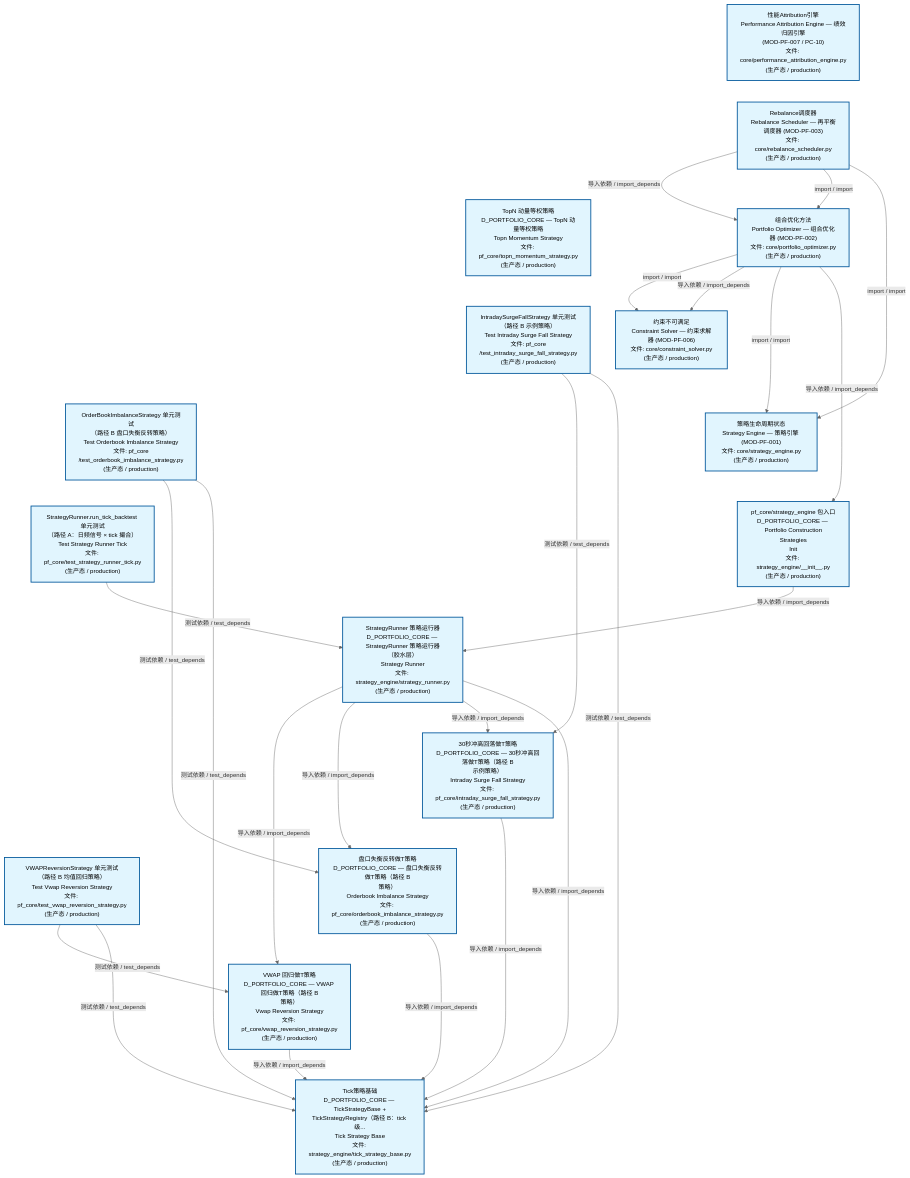
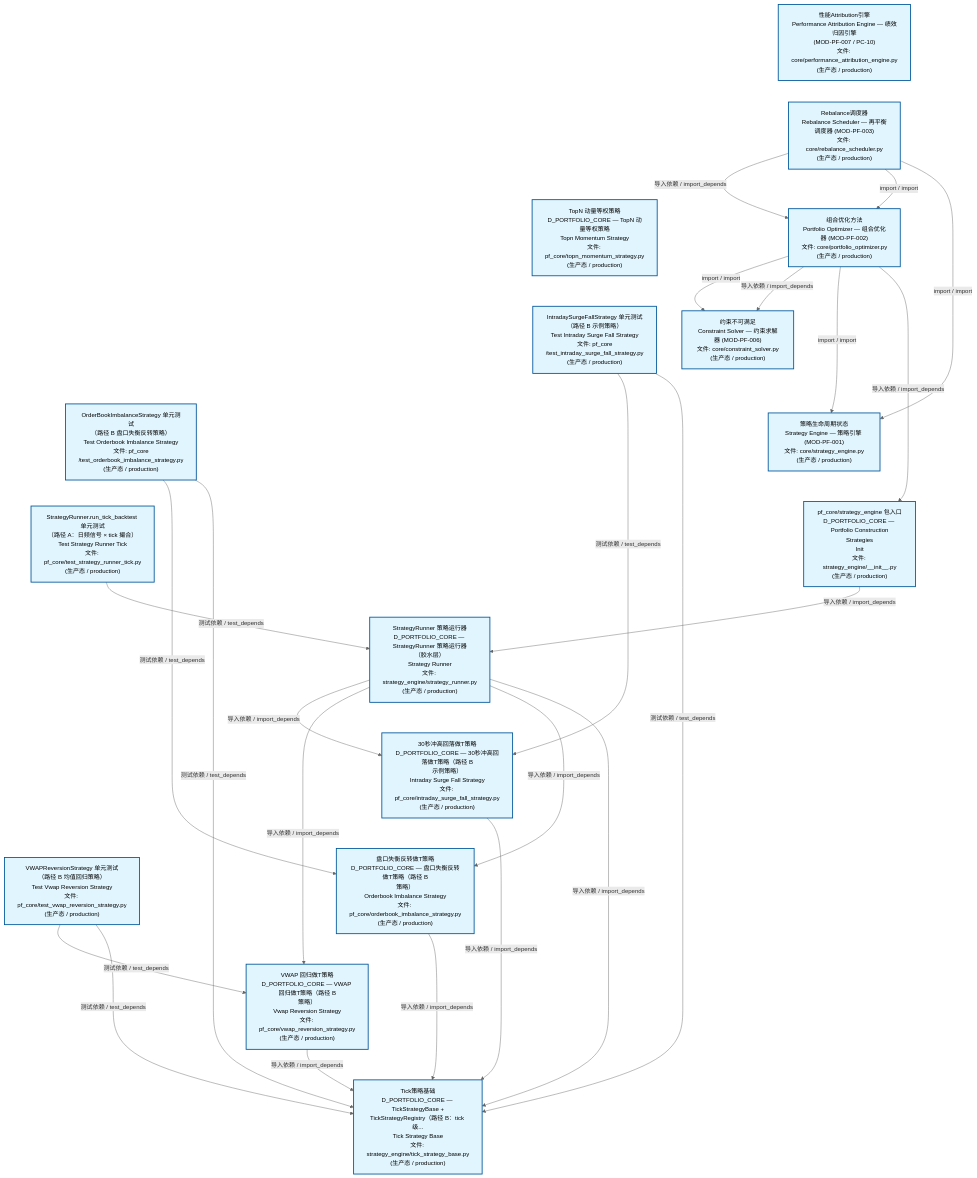
The second of 3 diagrams in docs/02_enterprise_architecture/02_domain_architecture_docs/63_d_pf_core.md (xuanFelixVan/ZephyrAlpha), drawn with Mermaid before and after one commit. The commit also changed other lines of this file and 157 other files, not shown here.

````diff
--- a/docs/02_enterprise_architecture/02_domain_architecture_docs/63_d_pf_core.md
+++ b/docs/02_enterprise_architecture/02_domain_architecture_docs/63_d_pf_core.md
@@ -140,57 +140,57 @@
 ```mermaid
 %%{init: {'theme': 'base', 'themeVariables': {'primaryColor': '#eaeaea', 'primaryTextColor': '#333333', 'primaryBorderColor': '#666666', 'lineColor': '#666666', 'secondaryColor': '#eaeaea', 'tertiaryColor': '#eaeaea', 'fontSize': '14px'}}}%%
 flowchart TD
     src_zephyr_pf_core_core_performance_attribution_engine_py["性能Attribution引擎<br/>Performance Attribution Engine — 绩效归因引擎<br/>(MOD-PF-007 / PC-10)<br/>文件: core/performance_attribution_engine.py<br/>(生产态 / production)"]
     src_zephyr_pf_core_core_rebalance_scheduler_py["Rebalance调度器<br/>Rebalance Scheduler — 再平衡调度器 (MOD-PF-003)<br/>文件: core/rebalance_scheduler.py<br/>(生产态 / production)"]
     src_zephyr_pf_core_topn_momentum_strategy_py["TopN 动量等权策略<br/>D_PORTFOLIO_CORE — TopN 动量等权策略<br/>Topn Momentum Strategy<br/>文件: pf_core/topn_momentum_strategy.py<br/>(生产态 / production)"]
     tests_pf_core_test_intraday_surge_fall_strategy_py["IntradaySurgeFallStrategy 单元测试<br/>（路径 B 示例策略）<br/>Test Intraday Surge Fall Strategy<br/>文件: pf_core<br/>/test_intraday_surge_fall_strategy.py<br/>(生产态 / production)"]
     tests_pf_core_test_orderbook_imbalance_strategy_py["OrderBookImbalanceStrategy 单元测试<br/>（路径 B 盘口失衡反转策略）<br/>Test Orderbook Imbalance Strategy<br/>文件: pf_core<br/>/test_orderbook_imbalance_strategy.py<br/>(生产态 / production)"]
     tests_pf_core_test_strategy_runner_tick_py["StrategyRunner.run_tick_backtest 单元测试<br/>（路径 A：日频信号 × tick 撮合）<br/>Test Strategy Runner Tick<br/>文件: pf_core/test_strategy_runner_tick.py<br/>(生产态 / production)"]
     tests_pf_core_test_vwap_reversion_strategy_py["VWAPReversionStrategy 单元测试<br/>（路径 B 均值回归策略）<br/>Test Vwap Reversion Strategy<br/>文件: pf_core/test_vwap_reversion_strategy.py<br/>(生产态 / production)"]
     src_zephyr_pf_core_core_performance_attribution_engine_py ~~~ src_zephyr_pf_core_core_rebalance_scheduler_py
     src_zephyr_pf_core_core_rebalance_scheduler_py ~~~ src_zephyr_pf_core_topn_momentum_strategy_py
     src_zephyr_pf_core_topn_momentum_strategy_py ~~~ tests_pf_core_test_intraday_surge_fall_strategy_py
     tests_pf_core_test_intraday_surge_fall_strategy_py ~~~ tests_pf_core_test_orderbook_imbalance_strategy_py
     tests_pf_core_test_orderbook_imbalance_strategy_py ~~~ tests_pf_core_test_strategy_runner_tick_py
     tests_pf_core_test_strategy_runner_tick_py ~~~ tests_pf_core_test_vwap_reversion_strategy_py
     src_zephyr_pf_core_core_portfolio_optimizer_py["组合优化方法<br/>Portfolio Optimizer — 组合优化器 (MOD-PF-002)<br/>文件: core/portfolio_optimizer.py<br/>(生产态 / production)"]
     src_zephyr_pf_core_core_constraint_solver_py["约束不可满足<br/>Constraint Solver — 约束求解器 (MOD-PF-006)<br/>文件: core/constraint_solver.py<br/>(生产态 / production)"]
     src_zephyr_pf_core_core_strategy_engine_py["策略生命周期状态<br/>Strategy Engine — 策略引擎 (MOD-PF-001)<br/>文件: core/strategy_engine.py<br/>(生产态 / production)"]
     src_zephyr_pf_core_strategy_engine_init_py["pf_core/strategy_engine 包入口<br/>D_PORTFOLIO_CORE — Portfolio Construction<br/>Strategies<br/>Init<br/>文件: strategy_engine/__init__.py<br/>(生产态 / production)"]
     src_zephyr_pf_core_core_constraint_solver_py ~~~ src_zephyr_pf_core_core_strategy_engine_py
     src_zephyr_pf_core_core_strategy_engine_py ~~~ src_zephyr_pf_core_strategy_engine_init_py
     src_zephyr_pf_core_strategy_engine_strategy_runner_py["StrategyRunner 策略运行器<br/>D_PORTFOLIO_CORE — StrategyRunner 策略运行器<br/>（胶水层）<br/>Strategy Runner<br/>文件: strategy_engine/strategy_runner.py<br/>(生产态 / production)"]
     src_zephyr_pf_core_intraday_surge_fall_strategy_py["30秒冲高回落做T策略<br/>D_PORTFOLIO_CORE — 30秒冲高回落做T策略（路径 B<br/>示例策略）<br/>Intraday Surge Fall Strategy<br/>文件: pf_core/intraday_surge_fall_strategy.py<br/>(生产态 / production)"]
     src_zephyr_pf_core_orderbook_imbalance_strategy_py["盘口失衡反转做T策略<br/>D_PORTFOLIO_CORE — 盘口失衡反转做T策略（路径 B<br/>策略）<br/>Orderbook Imbalance Strategy<br/>文件: pf_core/orderbook_imbalance_strategy.py<br/>(生产态 / production)"]
     src_zephyr_pf_core_vwap_reversion_strategy_py["VWAP 回归做T策略<br/>D_PORTFOLIO_CORE — VWAP 回归做T策略（路径 B<br/>策略）<br/>Vwap Reversion Strategy<br/>文件: pf_core/vwap_reversion_strategy.py<br/>(生产态 / production)"]
     src_zephyr_pf_core_intraday_surge_fall_strategy_py ~~~ src_zephyr_pf_core_orderbook_imbalance_strategy_py
     src_zephyr_pf_core_orderbook_imbalance_strategy_py ~~~ src_zephyr_pf_core_vwap_reversion_strategy_py
     src_zephyr_pf_core_strategy_engine_tick_strategy_base_py["Tick策略基础<br/>D_PORTFOLIO_CORE — TickStrategyBase +<br/>TickStrategyRegistry（路径 B：tick 级...<br/>Tick Strategy Base<br/>文件: strategy_engine/tick_strategy_base.py<br/>(生产态 / production)"]
+    src_zephyr_pf_core_intraday_surge_fall_strategy_py -->|导入依赖 / import_depends| src_zephyr_pf_core_strategy_engine_tick_strategy_base_py
     src_zephyr_pf_core_vwap_reversion_strategy_py -->|导入依赖 / import_depends| src_zephyr_pf_core_strategy_engine_tick_strategy_base_py
+    src_zephyr_pf_core_core_rebalance_scheduler_py -->|导入依赖 / import_depends| src_zephyr_pf_core_core_portfolio_optimizer_py
+    src_zephyr_pf_core_core_rebalance_scheduler_py -->|import / import| src_zephyr_pf_core_core_portfolio_optimizer_py
+    src_zephyr_pf_core_core_rebalance_scheduler_py -->|import / import| src_zephyr_pf_core_core_strategy_engine_py
     src_zephyr_pf_core_orderbook_imbalance_strategy_py -->|导入依赖 / import_depends| src_zephyr_pf_core_strategy_engine_tick_strategy_base_py
-    src_zephyr_pf_core_intraday_surge_fall_strategy_py -->|导入依赖 / import_depends| src_zephyr_pf_core_strategy_engine_tick_strategy_base_py
     src_zephyr_pf_core_core_portfolio_optimizer_py -->|import / import| src_zephyr_pf_core_core_constraint_solver_py
     src_zephyr_pf_core_core_portfolio_optimizer_py -->|导入依赖 / import_depends| src_zephyr_pf_core_core_constraint_solver_py
     src_zephyr_pf_core_core_portfolio_optimizer_py -->|import / import| src_zephyr_pf_core_core_strategy_engine_py
     src_zephyr_pf_core_core_portfolio_optimizer_py -->|导入依赖 / import_depends| src_zephyr_pf_core_strategy_engine_init_py
-    src_zephyr_pf_core_core_rebalance_scheduler_py -->|导入依赖 / import_depends| src_zephyr_pf_core_core_portfolio_optimizer_py
-    src_zephyr_pf_core_core_rebalance_scheduler_py -->|import / import| src_zephyr_pf_core_core_portfolio_optimizer_py
-    src_zephyr_pf_core_core_rebalance_scheduler_py -->|import / import| src_zephyr_pf_core_core_strategy_engine_py
+    src_zephyr_pf_core_strategy_engine_strategy_runner_py -->|导入依赖 / import_depends| src_zephyr_pf_core_intraday_surge_fall_strategy_py
     src_zephyr_pf_core_strategy_engine_strategy_runner_py -->|导入依赖 / import_depends| src_zephyr_pf_core_vwap_reversion_strategy_py
     src_zephyr_pf_core_strategy_engine_strategy_runner_py -->|导入依赖 / import_depends| src_zephyr_pf_core_orderbook_imbalance_strategy_py
-    src_zephyr_pf_core_strategy_engine_strategy_runner_py -->|导入依赖 / import_depends| src_zephyr_pf_core_intraday_surge_fall_strategy_py
     src_zephyr_pf_core_strategy_engine_strategy_runner_py -->|导入依赖 / import_depends| src_zephyr_pf_core_strategy_engine_tick_strategy_base_py
     src_zephyr_pf_core_strategy_engine_init_py -->|导入依赖 / import_depends| src_zephyr_pf_core_strategy_engine_strategy_runner_py
     tests_pf_core_test_intraday_surge_fall_strategy_py -->|测试依赖 / test_depends| src_zephyr_pf_core_intraday_surge_fall_strategy_py
     tests_pf_core_test_intraday_surge_fall_strategy_py -->|测试依赖 / test_depends| src_zephyr_pf_core_strategy_engine_tick_strategy_base_py
     tests_pf_core_test_orderbook_imbalance_strategy_py -->|测试依赖 / test_depends| src_zephyr_pf_core_orderbook_imbalance_strategy_py
     tests_pf_core_test_orderbook_imbalance_strategy_py -->|测试依赖 / test_depends| src_zephyr_pf_core_strategy_engine_tick_strategy_base_py
+    tests_pf_core_test_strategy_runner_tick_py -->|测试依赖 / test_depends| src_zephyr_pf_core_strategy_engine_strategy_runner_py
     tests_pf_core_test_vwap_reversion_strategy_py -->|测试依赖 / test_depends| src_zephyr_pf_core_vwap_reversion_strategy_py
     tests_pf_core_test_vwap_reversion_strategy_py -->|测试依赖 / test_depends| src_zephyr_pf_core_strategy_engine_tick_strategy_base_py
-    tests_pf_core_test_strategy_runner_tick_py -->|测试依赖 / test_depends| src_zephyr_pf_core_strategy_engine_strategy_runner_py
     classDef production fill:#e1f5fe,stroke:#01579b,stroke-width:2px,color:#000
     classDef design fill:#fff3e0,stroke:#e65100,stroke-width:2px,color:#000,stroke-dasharray: 5 5
     classDef external_prod fill:#e8f4fd,stroke:#0277bd,stroke-width:1px,color:#000
     classDef external_design fill:#fff8e7,stroke:#ef6c00,stroke-width:1px,color:#000,stroke-dasharray: 5 5
     class src_zephyr_pf_core_core_constraint_solver_py,src_zephyr_pf_core_core_performance_attribution_engine_py,src_zephyr_pf_core_core_portfolio_optimizer_py,src_zephyr_pf_core_core_rebalance_scheduler_py,src_zephyr_pf_core_core_strategy_engine_py,src_zephyr_pf_core_intraday_surge_fall_strategy_py,src_zephyr_pf_core_orderbook_imbalance_strategy_py,src_zephyr_pf_core_strategy_engine_init_py,src_zephyr_pf_core_strategy_engine_strategy_runner_py,src_zephyr_pf_core_strategy_engine_tick_strategy_base_py,src_zephyr_pf_core_topn_momentum_strategy_py,src_zephyr_pf_core_vwap_reversion_strategy_py,tests_pf_core_test_intraday_surge_fall_strategy_py,tests_pf_core_test_orderbook_imbalance_strategy_py,tests_pf_core_test_strategy_runner_tick_py,tests_pf_core_test_vwap_reversion_strategy_py production
 ```
````
